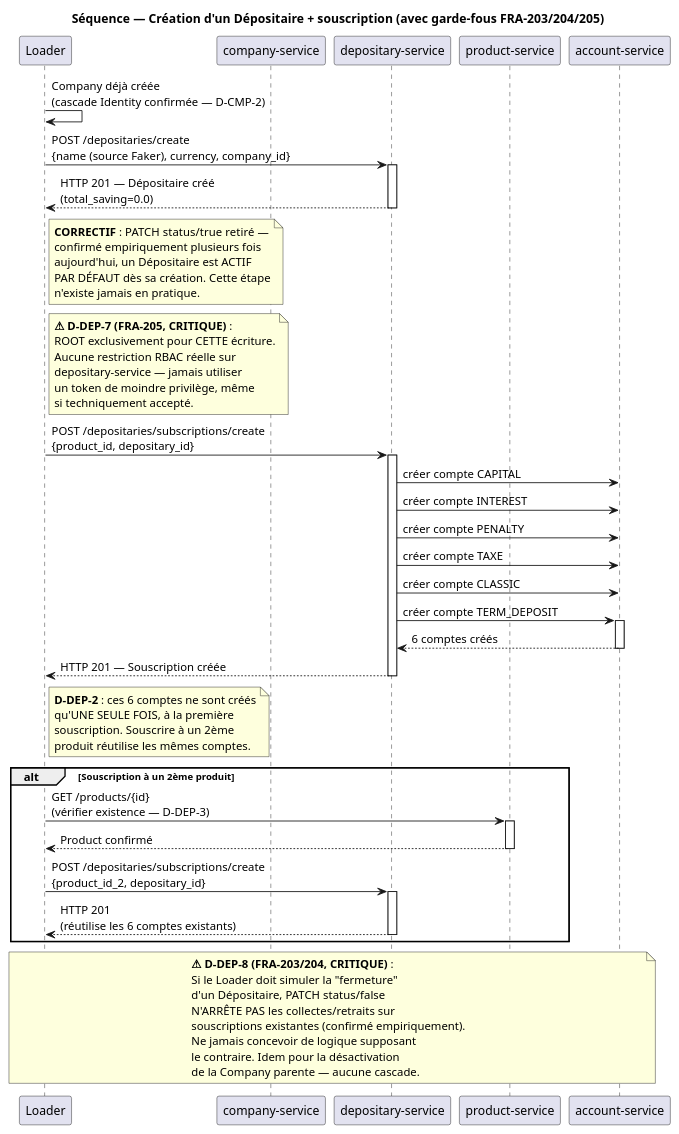
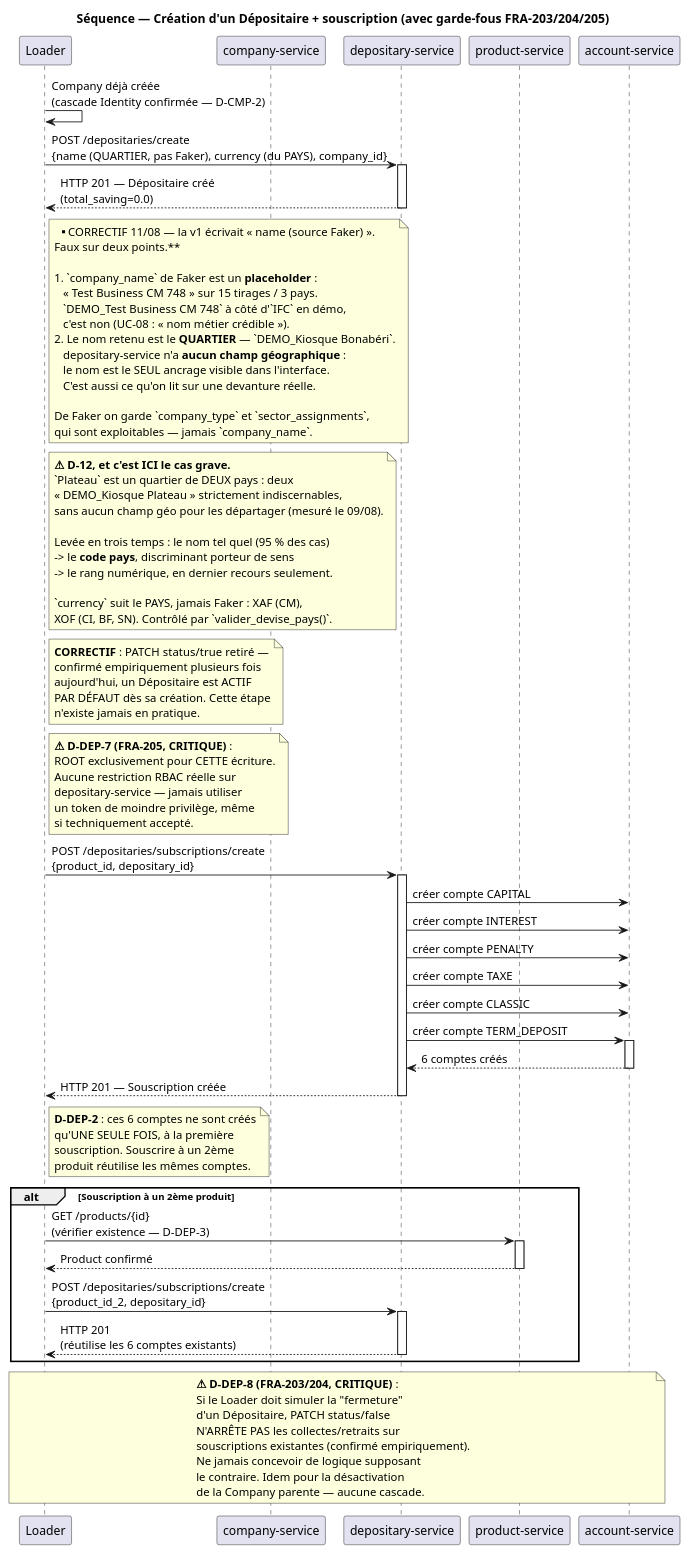
One commit to KuateAbdel/simulator-backend-loader changed the diagram in docs/reference/uml_diagrams/07_sequence_depositary.puml. Above: the diagram before and after it, drawn with PlantUML. The commit also changed 3 other files, not shown here.

First line of the commit message:
fix(uml): revue des 5 diagrammes de sequence — un defaut de logique metier

```diff
--- a/docs/reference/uml_diagrams/07_sequence_depositary.puml
+++ b/docs/reference/uml_diagrams/07_sequence_depositary.puml
@@ -1,78 +1,109 @@
 @startuml Loader_FinZuu_Sequence_Depositary
 
 title Séquence — Création d'un Dépositaire + souscription (avec garde-fous FRA-203/204/205)
 
 participant "Loader" as LDR
 participant "company-service" as CMP
 participant "depositary-service" as DEP
 participant "product-service" as PRD
 participant "account-service" as ACC
 
 LDR -> LDR : Company déjà créée\n(cascade Identity confirmée — D-CMP-2)
 
-LDR -> DEP : POST /depositaries/create\n{name (source Faker), currency, company_id}
+LDR -> DEP : POST /depositaries/create\n{name (QUARTIER, pas Faker), currency (du PAYS), company_id}
 activate DEP
 DEP --> LDR : HTTP 201 — Dépositaire créé\n(total_saving=0.0)
 deactivate DEP
+
+note right of LDR
+  **CORRECTIF 11/08 — la v1 écrivait « name (source Faker) ».
+  Faux sur deux points.**
+
+  1. `company_name` de Faker est un **placeholder** :
+     « Test Business CM 748 » sur 15 tirages / 3 pays.
+     `DEMO_Test Business CM 748` à côté d'`IFC` en démo,
+     c'est non (UC-08 : « nom métier crédible »).
+  2. Le nom retenu est le **QUARTIER** — `DEMO_Kiosque Bonabéri`.
+     depositary-service n'a **aucun champ géographique** :
+     le nom est le SEUL ancrage visible dans l'interface.
+     C'est aussi ce qu'on lit sur une devanture réelle.
+
+  De Faker on garde `company_type` et `sector_assignments`,
+  qui sont exploitables — jamais `company_name`.
+end note
+
+note right of LDR
+  **⚠ D-12, et c'est ICI le cas grave.**
+  `Plateau` est un quartier de DEUX pays : deux
+  « DEMO_Kiosque Plateau » strictement indiscernables,
+  sans aucun champ géo pour les départager (mesuré le 09/08).
+
+  Levée en trois temps : le nom tel quel (95 % des cas)
+  -> le **code pays**, discriminant porteur de sens
+  -> le rang numérique, en dernier recours seulement.
+
+  `currency` suit le PAYS, jamais Faker : XAF (CM),
+  XOF (CI, BF, SN). Contrôlé par `valider_devise_pays()`.
+end note
 
 note right of LDR
   **CORRECTIF** : PATCH status/true retiré —
   confirmé empiriquement plusieurs fois
   aujourd'hui, un Dépositaire est ACTIF
   PAR DÉFAUT dès sa création. Cette étape
   n'existe jamais en pratique.
 end note
 
 note right of LDR
   **⚠ D-DEP-7 (FRA-205, CRITIQUE)** :
   ROOT exclusivement pour CETTE écriture.
   Aucune restriction RBAC réelle sur
   depositary-service — jamais utiliser
   un token de moindre privilège, même
   si techniquement accepté.
 end note
 
 LDR -> DEP : POST /depositaries/subscriptions/create\n{product_id, depositary_id}
 activate DEP
 DEP -> ACC : créer compte CAPITAL
 DEP -> ACC : créer compte INTEREST
 DEP -> ACC : créer compte PENALTY
 DEP -> ACC : créer compte TAXE
 DEP -> ACC : créer compte CLASSIC
 DEP -> ACC : créer compte TERM_DEPOSIT
 activate ACC
 ACC --> DEP : 6 comptes créés
 deactivate ACC
 DEP --> LDR : HTTP 201 — Souscription créée
 deactivate DEP
 
 note right of LDR
   **D-DEP-2** : ces 6 comptes ne sont créés
   qu'UNE SEULE FOIS, à la première
   souscription. Souscrire à un 2ème
   produit réutilise les mêmes comptes.
 end note
 
 alt Souscription à un 2ème produit
   LDR -> PRD : GET /products/{id}\n(vérifier existence — D-DEP-3)
   activate PRD
   PRD --> LDR : Product confirmé
   deactivate PRD
   LDR -> DEP : POST /depositaries/subscriptions/create\n{product_id_2, depositary_id}
   activate DEP
   DEP --> LDR : HTTP 201\n(réutilise les 6 comptes existants)
   deactivate DEP
 end
 
 note over LDR, ACC
   **⚠ D-DEP-8 (FRA-203/204, CRITIQUE)** :
   Si le Loader doit simuler la "fermeture"
   d'un Dépositaire, PATCH status/false
   N'ARRÊTE PAS les collectes/retraits sur
   souscriptions existantes (confirmé empiriquement).
   Ne jamais concevoir de logique supposant
   le contraire. Idem pour la désactivation
   de la Company parente — aucune cascade.
 end note
 
 @enduml
```
